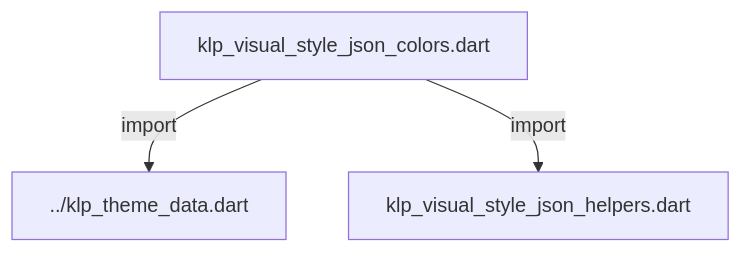
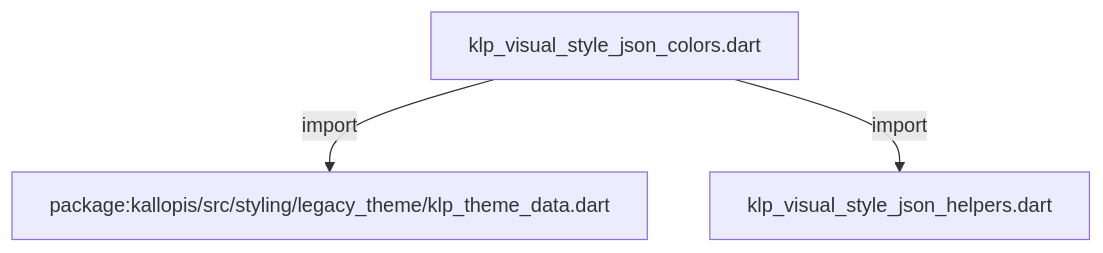
Before and after one commit to MiuDog/Kallopis: the diagram in docs/architecture/src/styling/legacy_theme/internal/klp_visual_style_json_colors.md, drawn with Mermaid. The commit also changed other lines of this file and 9688 other files, not shown here.

Commit message:
Prepare isolated Flow F2 peer baseline

````diff
--- a/docs/architecture/src/styling/legacy_theme/internal/klp_visual_style_json_colors.md
+++ b/docs/architecture/src/styling/legacy_theme/internal/klp_visual_style_json_colors.md
@@ -11,8 +11,8 @@
 ```mermaid
 flowchart TD
 	n0["klp_visual_style_json_colors.dart"]
-	n1["../klp_theme_data.dart"]
+	n1["package:kallopis/src/styling/legacy_theme/klp_theme_data.dart"]
 	n2["klp_visual_style_json_helpers.dart"]
 	n0 -->|"import"| n1
 	n0 -->|"import"| n2
 ```
````
